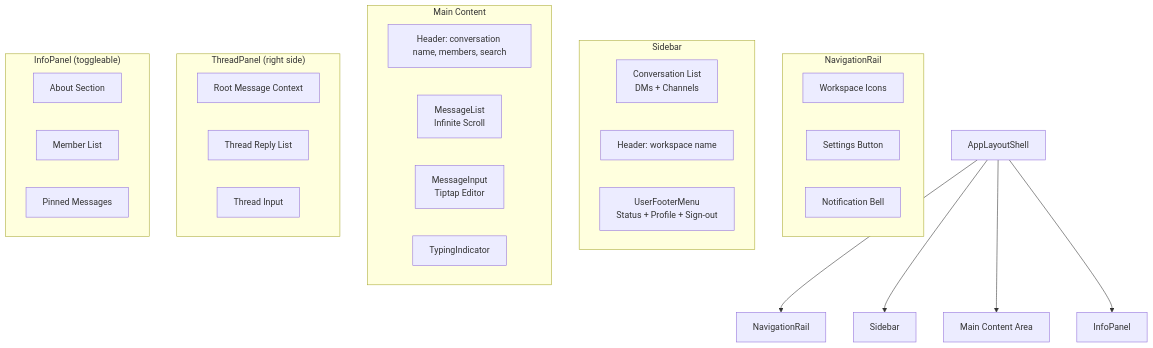
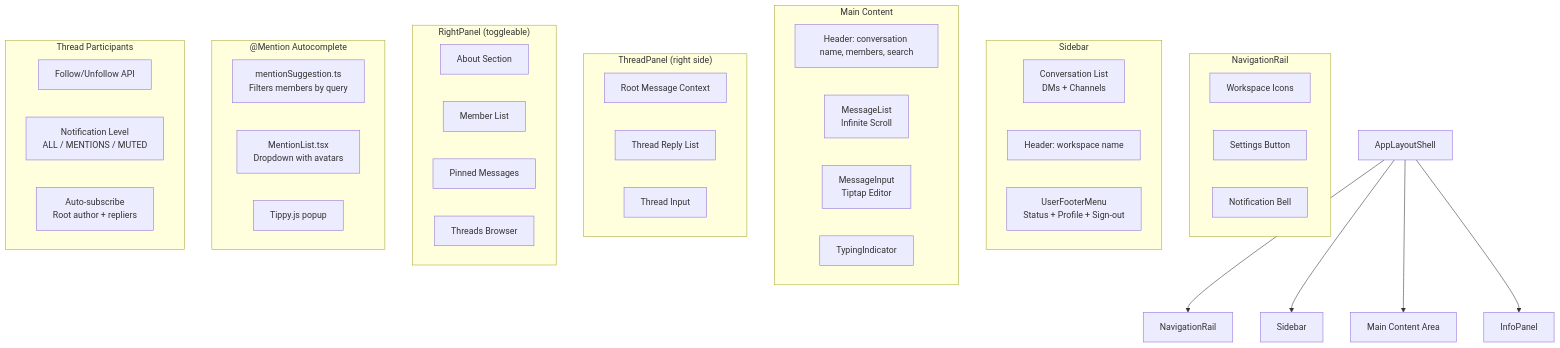
Before and after one commit to Kashyap-empiric/Nexus: the fourth of 6 diagrams in .docs/ARCHITECTURE.md, drawn with Mermaid. The commit also changed other lines of this file and 46 other files, not shown here.

First line of the commit message:
feat(mentions): add @mention autocomplete, thread follow/unfollow, notification preferences

````diff
--- a/.docs/ARCHITECTURE.md
+++ b/.docs/ARCHITECTURE.md
@@ -195,38 +195,51 @@
 ```mermaid
 flowchart TB
     AS[AppLayoutShell] --> NR[NavigationRail]
     AS --> SB[Sidebar]
     AS --> MC[Main Content Area]
     AS --> IP[InfoPanel]
 
     subgraph NR_Content["NavigationRail"]
         NR_W[Workspace Icons]
         NR_S[Settings Button]
         NR_N[Notification Bell]
     end
 
     subgraph SB_Content["Sidebar"]
         SB_C[Conversation List<br/>DMs + Channels]
         SB_H[Header: workspace name]
         SB_F[UserFooterMenu<br/>Status + Profile + Sign-out]
     end
 
     subgraph MC_Content["Main Content"]
         MC_H[Header: conversation name, members, search]
         MC_ML[MessageList<br/>Infinite Scroll]
         MC_MI[MessageInput<br/>Tiptap Editor]
         MC_TI[TypingIndicator]
     end
 
     subgraph TH_Content["ThreadPanel (right side)"]
         TH_R[Root Message Context]
         TH_L[Thread Reply List]
         TH_I[Thread Input]
     end
 
-    subgraph IP_Content["InfoPanel (toggleable)"]
+    subgraph IP_Content["RightPanel (toggleable)"]
         IP_A[About Section]
         IP_M[Member List]
         IP_P[Pinned Messages]
+        IP_T[Threads Browser]
+    end
+
+    subgraph MN_Content["@Mention Autocomplete"]
+        MN_S[mentionSuggestion.ts<br/>Filters members by query]
+        MN_L[MentionList.tsx<br/>Dropdown with avatars]
+        MN_T[Tippy.js popup]
+    end
+
+    subgraph TH_PART["Thread Participants"]
+        TP_FO[Follow/Unfollow API]
+        TP_LEV[Notification Level<br/>ALL / MENTIONS / MUTED]
+        TP_AUTO[Auto-subscribe<br/>Root author + repliers]
     end
 ```
````
